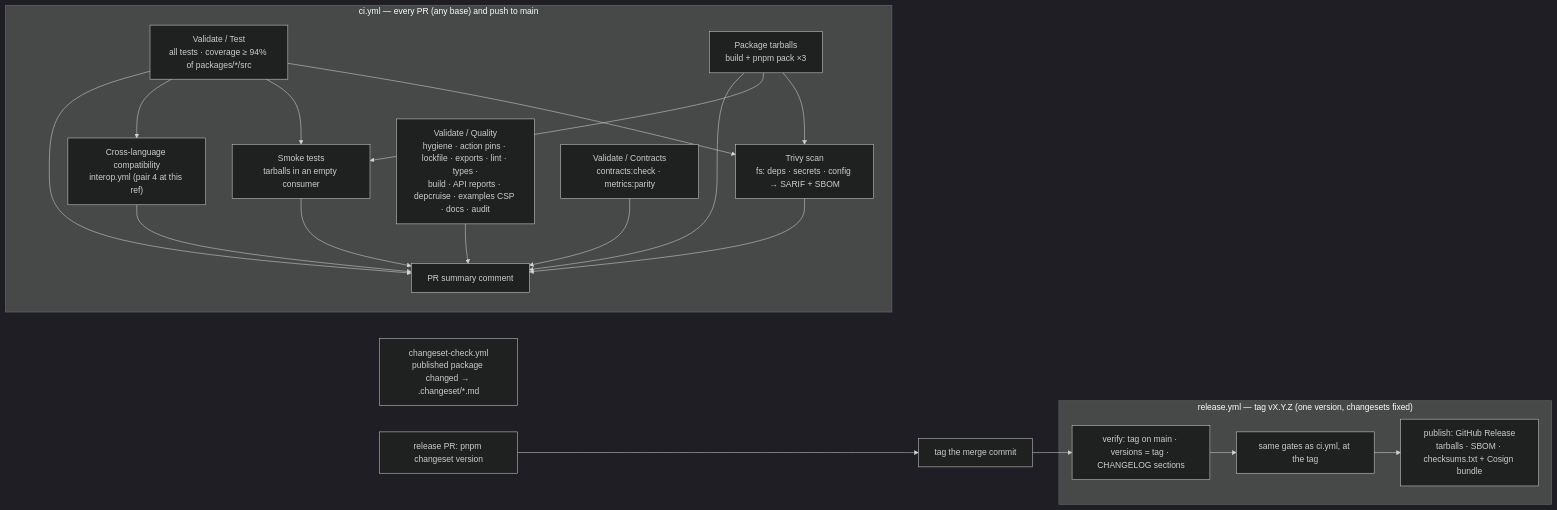
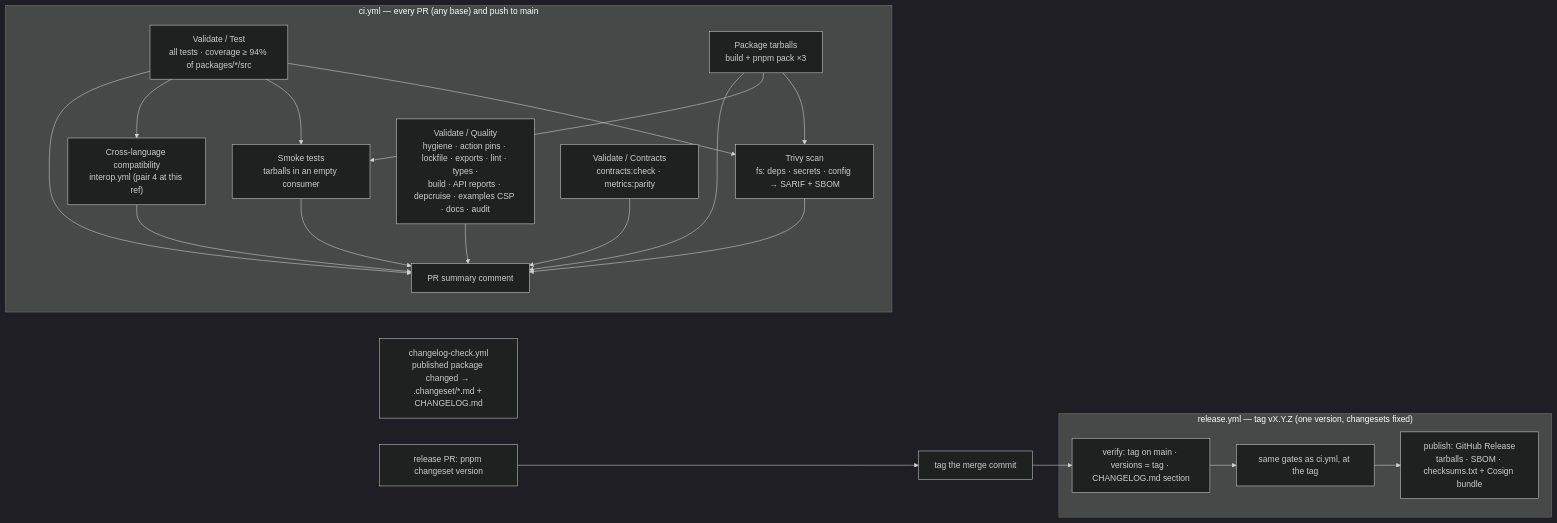
One commit to BCBP-SOLUTIONS-FZC-LLC/platform-reactcommon changed the diagram in docs/architecture/mermaid/ci-pipeline.mmd. Above: the diagram before and after it, drawn with Mermaid (dark theme). The commit also changed 15 other files, not shown here.

```diff
--- a/docs/architecture/mermaid/ci-pipeline.mmd
+++ b/docs/architecture/mermaid/ci-pipeline.mmd
@@ -1,27 +1,27 @@
 graph LR
     subgraph ci["ci.yml  —  every PR (any base) and push to main"]
         vt["Validate / Test<br/>all tests · coverage ≥ 94% of packages/*/src"]
         vq["Validate / Quality<br/>hygiene · action pins · lockfile · exports · lint · types ·<br/>build · API reports · depcruise · examples CSP · docs · audit"]
         vc["Validate / Contracts<br/>contracts:check · metrics:parity"]
         pk["Package tarballs<br/>build + pnpm pack ×3"]
         tv["Trivy scan<br/>fs: deps · secrets · config → SARIF + SBOM"]
         sm["Smoke tests<br/>tarballs in an empty consumer"]
         io["Cross-language compatibility<br/>interop.yml (pair 4 at this ref)"]
         ps["PR summary comment"]
         vt --> tv
         pk --> tv
         vt --> sm
         pk --> sm
         vt --> io
         vt & vq & vc & pk & tv & sm & io --> ps
     end
 
     subgraph rel["release.yml  —  tag vX.Y.Z (one version, changesets fixed)"]
-        vf["verify: tag on main · versions = tag · CHANGELOG sections"]
+        vf["verify: tag on main · versions = tag · CHANGELOG.md section"]
         gates["same gates as ci.yml, at the tag"]
         pub["publish: GitHub Release<br/>tarballs · SBOM · checksums.txt + Cosign bundle"]
         vf --> gates --> pub
     end
 
-    cs["changeset-check.yml<br/>published package changed → .changeset/*.md"]
+    cs["changelog-check.yml<br/>published package changed → .changeset/*.md + CHANGELOG.md"]
     rpr["release PR: pnpm changeset version"] --> tag["tag the merge commit"] --> vf
```
